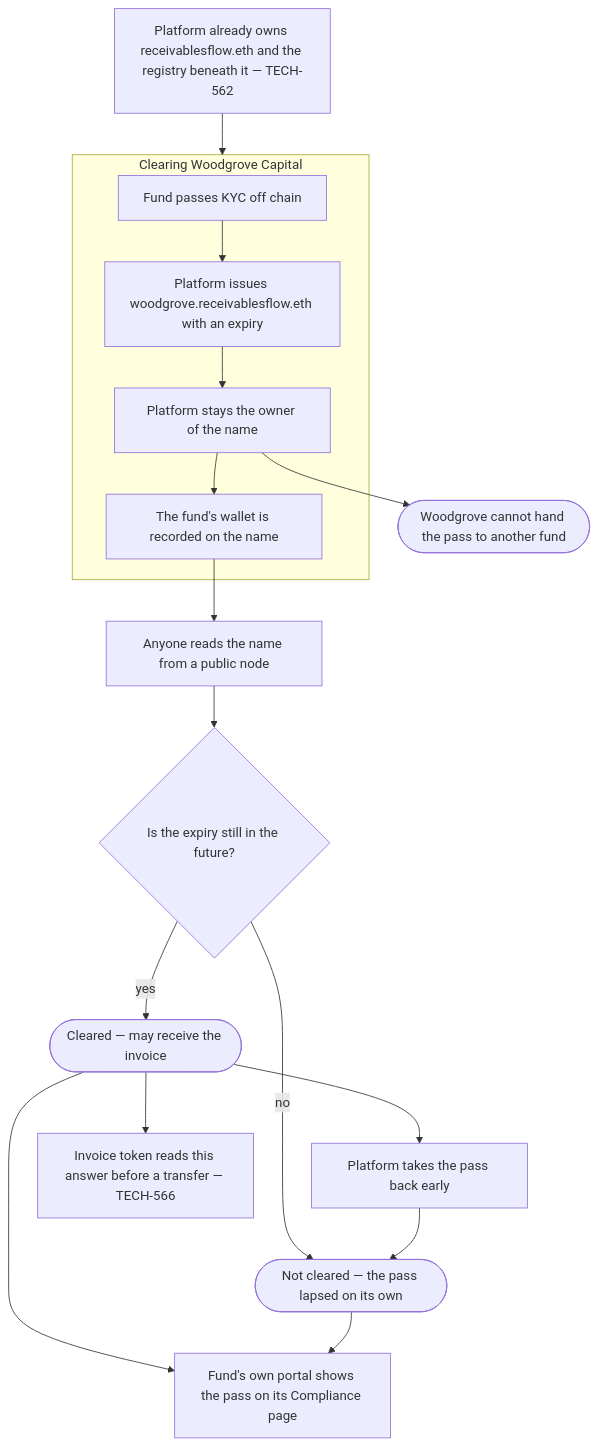
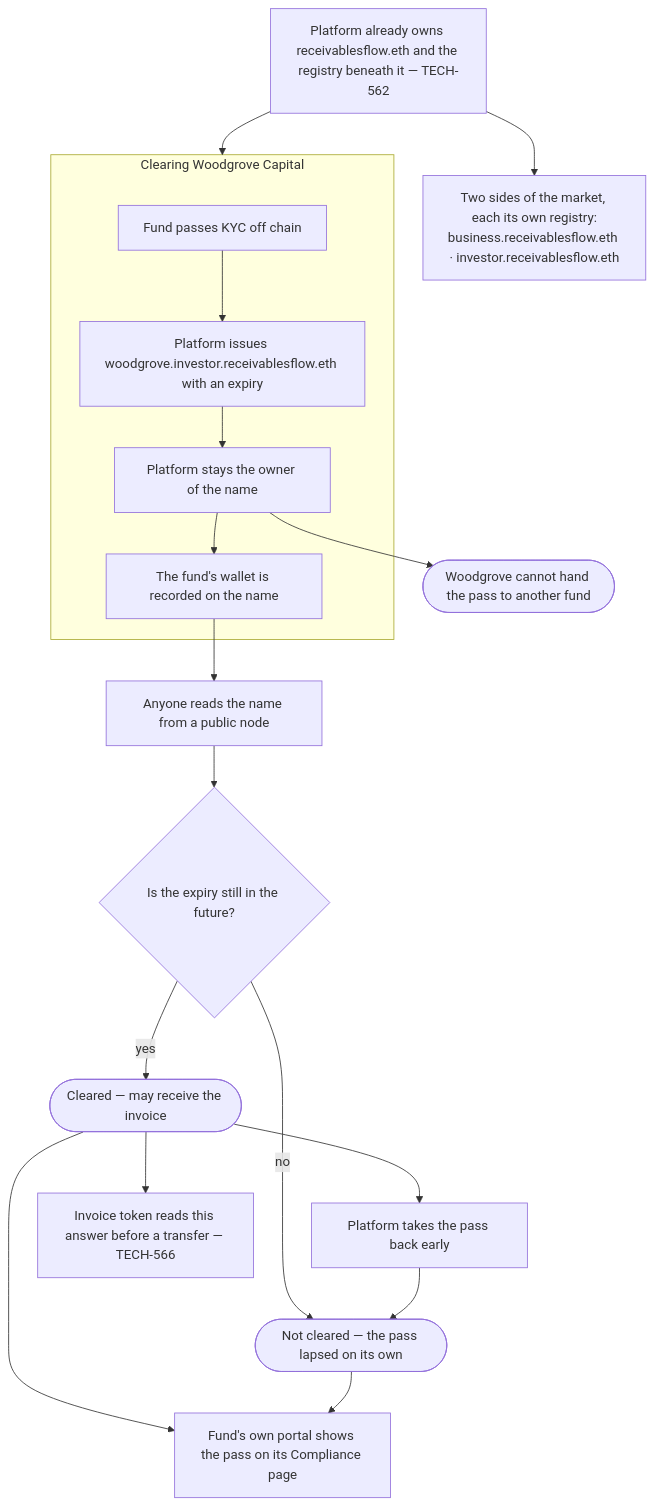
Before and after one commit to cvestrada/receivables-flow: the diagram in specs/receivables-flow/m0-set-up-and-get-cleared/02-integration-libs/TECH-565-issue-the-investor-an-approval-pass-with-an-expiry/spec.md, drawn with Mermaid. The commit also changed other lines of this file and 7 other files, not shown here.

First line of the commit message:
feat: split the registry into a business and an investor side

````diff
--- a/specs/receivables-flow/m0-set-up-and-get-cleared/02-integration-libs/TECH-565-issue-the-investor-an-approval-pass-with-an-expiry/spec.md
+++ b/specs/receivables-flow/m0-set-up-and-get-cleared/02-integration-libs/TECH-565-issue-the-investor-an-approval-pass-with-an-expiry/spec.md
@@ -34,30 +34,33 @@
 ```mermaid
 flowchart TD
 
     SETUP["Platform already owns receivablesflow.eth and the registry beneath it — TECH-562"]
 
+    SIDES["Two sides of the market, each its own registry:<br/>business.receivablesflow.eth · investor.receivablesflow.eth"]
+    SETUP --> SIDES
+
     subgraph ISSUE["Clearing Woodgrove Capital"]
         I1["Fund passes KYC off chain"]
-        I2["Platform issues woodgrove.receivablesflow.eth with an expiry"]
+        I2["Platform issues woodgrove.investor.receivablesflow.eth with an expiry"]
         I3["Platform stays the owner of the name"]
         I4["The fund's wallet is recorded on the name"]
         I1 --> I2 --> I3 --> I4
     end
 
     SETUP --> ISSUE
 
     I4 --> READ["Anyone reads the name from a public node"]
 
     READ --> Q{"Is the expiry still in the future?"}
     Q -- "yes" --> CLEARED(["Cleared — may receive the invoice"])
     Q -- "no" --> LAPSED(["Not cleared — the pass lapsed on its own"])
 
     I3 --> NOPASS(["Woodgrove cannot hand the pass to another fund"])
 
     CLEARED --> REVOKE["Platform takes the pass back early"]
     REVOKE --> LAPSED
 
     CLEARED --> PORTAL["Fund's own portal shows the pass on its Compliance page"]
     LAPSED --> PORTAL
     CLEARED --> HEDERA["Invoice token reads this answer before a transfer — TECH-566"]
 ```
````
